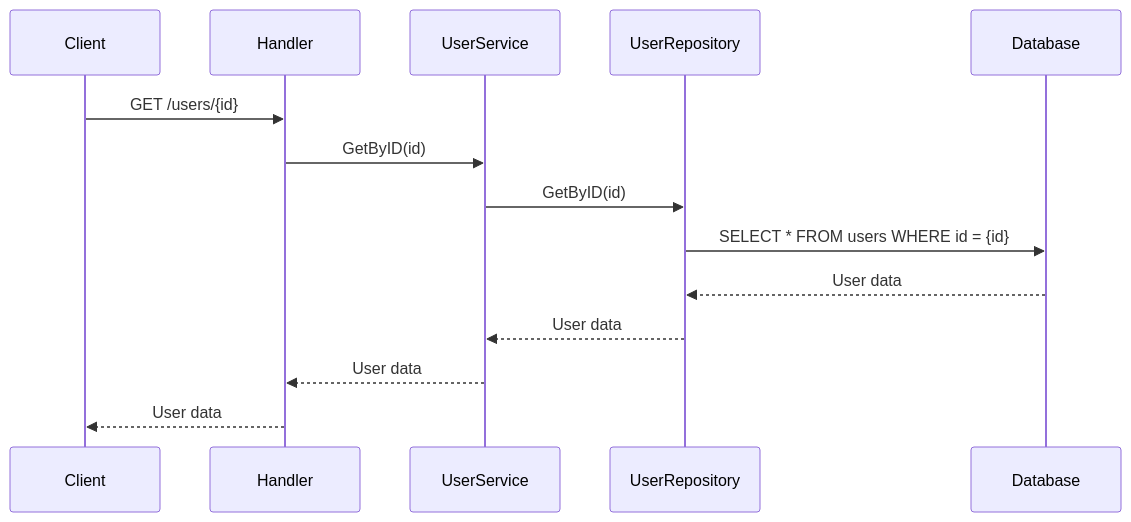
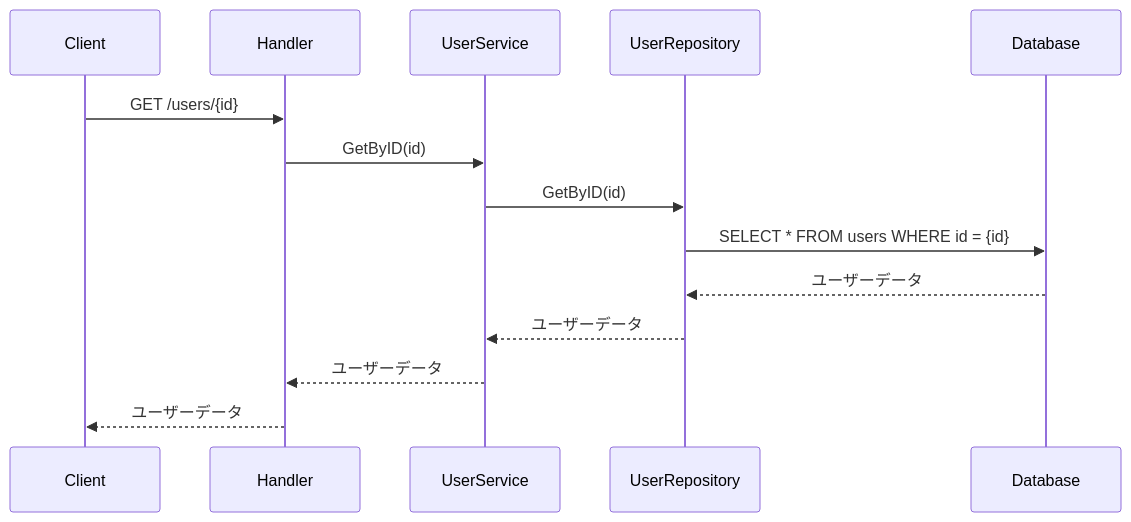
The second of 8 diagrams in README.md (tky1645/agent-test), drawn with Mermaid before and after one commit. The commit also changed other lines of this file, not shown here.

````diff
--- a/README.md
+++ b/README.md
@@ -146,17 +146,17 @@
 ```mermaid
 sequenceDiagram
-    participant Client
-    participant Handler
-    participant UserService
-    participant UserRepository
-    participant Database
+    participant クライアント as Client
+    participant ハンドラー as Handler
+    participant ユーザーサービス as UserService
+    participant ユーザーリポジトリ as UserRepository
+    participant データベース as Database
 
-    Client->>Handler: GET /users/{id}
-    Handler->>UserService: GetByID(id)
-    UserService->>UserRepository: GetByID(id)
-    UserRepository->>Database: SELECT * FROM users WHERE id = {id}
-    Database-->>UserRepository: User data
-    UserRepository-->>UserService: User data
-    UserService-->>Handler: User data
-    Handler-->>Client: User data
+    クライアント->>ハンドラー: GET /users/{id}
+    ハンドラー->>ユーザーサービス: GetByID(id)
+    ユーザーサービス->>ユーザーリポジトリ: GetByID(id)
+    ユーザーリポジトリ->>データベース: SELECT * FROM users WHERE id = {id}
+    データベース-->>ユーザーリポジトリ: ユーザーデータ
+    ユーザーリポジトリ-->>ユーザーサービス: ユーザーデータ
+    ユーザーサービス-->>ハンドラー: ユーザーデータ
+    ハンドラー-->>クライアント: ユーザーデータ
 ```
````
